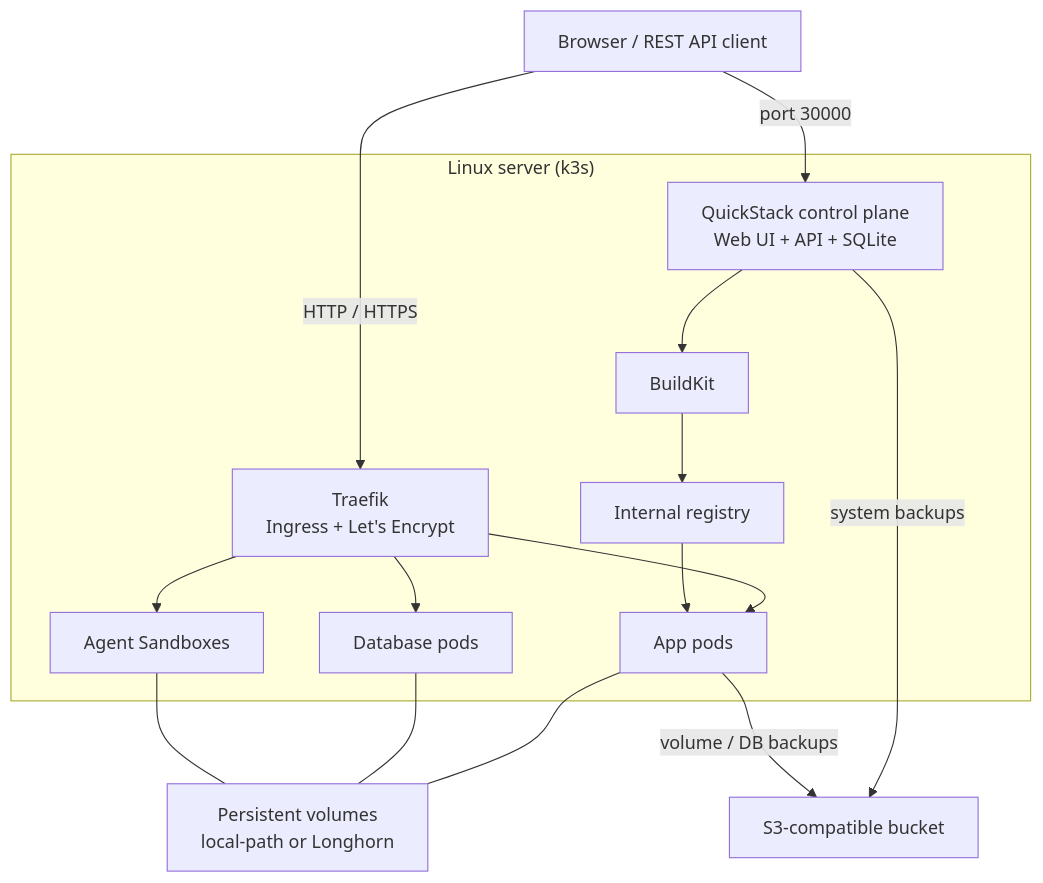
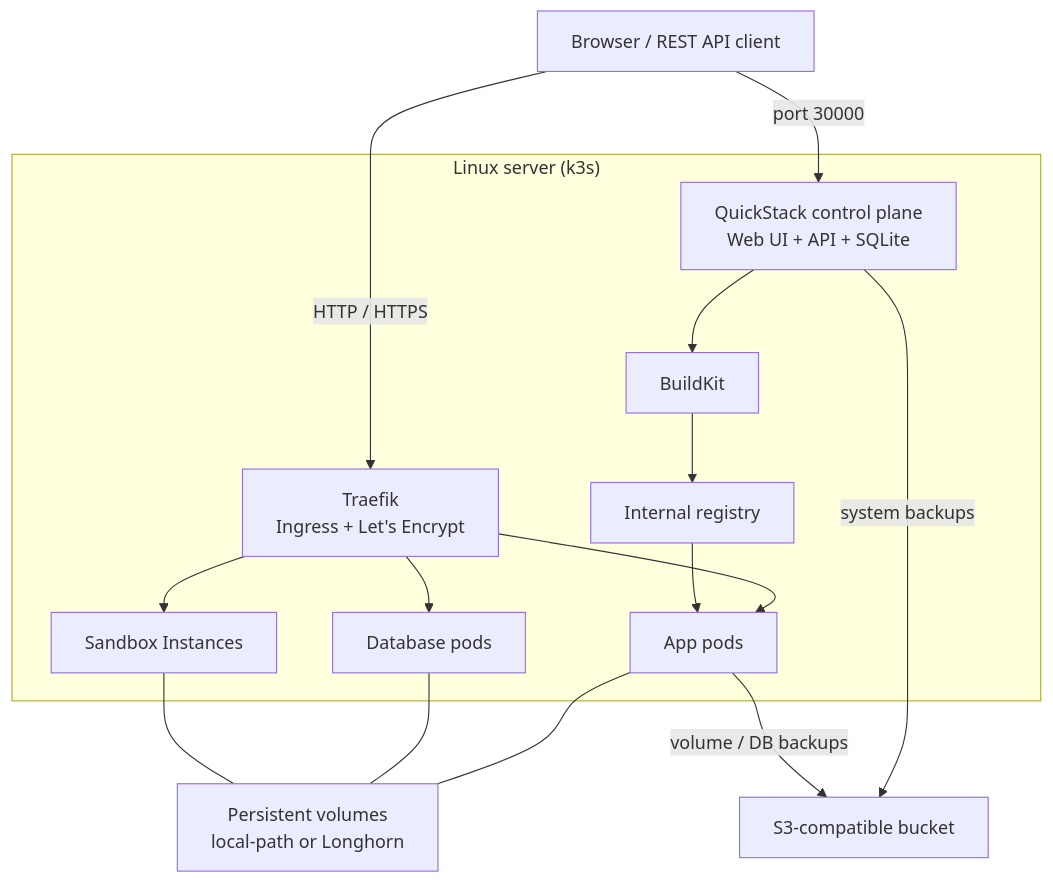
Before and after one commit to biersoeckli/QuickStack-Docs: the first of 3 diagrams in content/docs/concepts/architecture.mdx, drawn with Mermaid. The commit also changed 7 other files, not shown here.

First line of the commit message:
docs: call a running agent sandbox a "Sandbox Instance"

````diff
--- a/content/docs/concepts/architecture.mdx
+++ b/content/docs/concepts/architecture.mdx
@@ -27,31 +27,31 @@
 ```mermaid
 flowchart TB
   user["Browser / REST API client"]
 
   subgraph server["Linux server (k3s)"]
     traefik["Traefik<br/>Ingress + Let's Encrypt"]
     qs["QuickStack control plane<br/>Web UI + API + SQLite"]
     buildkit["BuildKit"]
     registry["Internal registry"]
     app["App pods"]
     db["Database pods"]
-    agent["Agent Sandboxes"]
+    agent["Sandbox Instances"]
   end
 
   volume["Persistent volumes<br/>local-path or Longhorn"]
   s3["S3-compatible bucket"]
 
   user -->|"HTTP / HTTPS"| traefik
   user -->|"port 30000"| qs
   traefik --> app
   traefik --> db
   traefik --> agent
   qs --> buildkit
   buildkit --> registry
   registry --> app
   app --- volume
   db --- volume
   agent --- volume
   qs -->|"system backups"| s3
   app -->|"volume / DB backups"| s3
 ```
````
